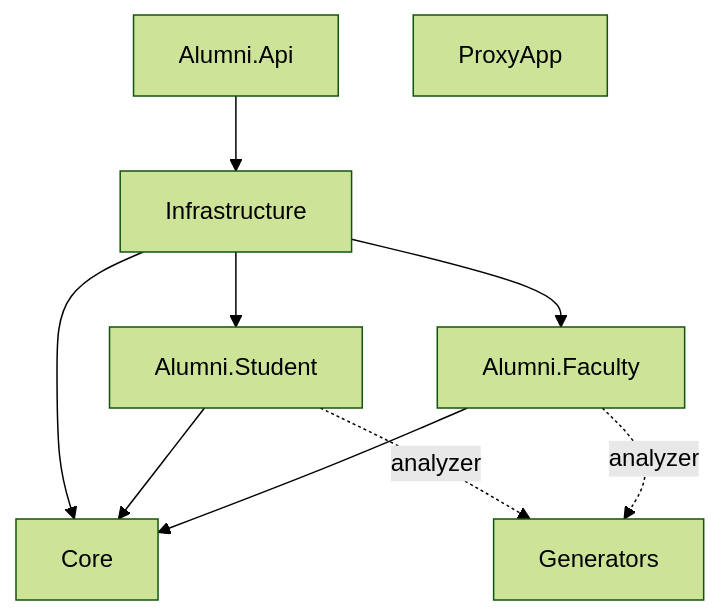
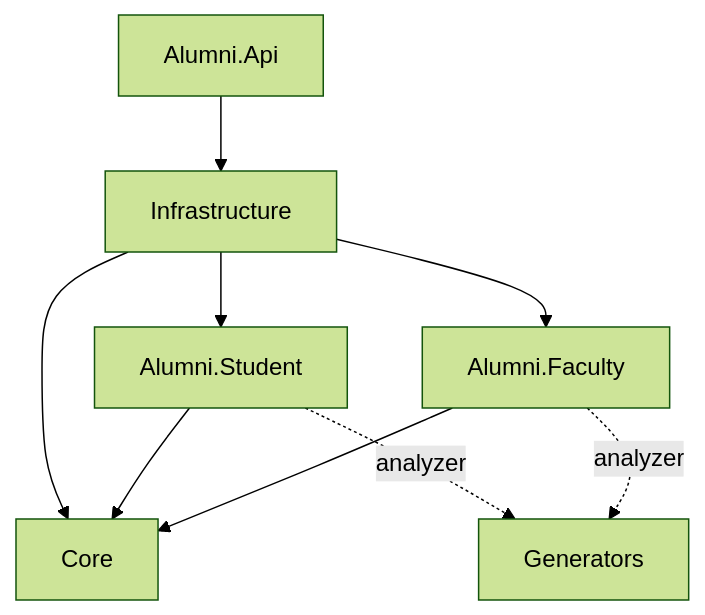
Before and after one commit to MihirJayavant/AlumniService: the first of 2 diagrams in docs/Architecture.md, drawn with Mermaid (forest theme). The commit also changed other lines of this file and 15 other files, not shown here.

````diff
--- a/docs/Architecture.md
+++ b/docs/Architecture.md
@@ -23,12 +22,11 @@
 ```mermaid
 flowchart TD
     API[Alumni.Api] --> Infra[Infrastructure]
     Infra --> Student[Alumni.Student]
     Infra --> Faculty[Alumni.Faculty]
     Infra --> Core[Core]
     Student --> Core
     Faculty --> Core
     Student -. analyzer .-> Gen[Generators]
     Faculty -. analyzer .-> Gen
-    Proxy[ProxyApp]
 ```
````
